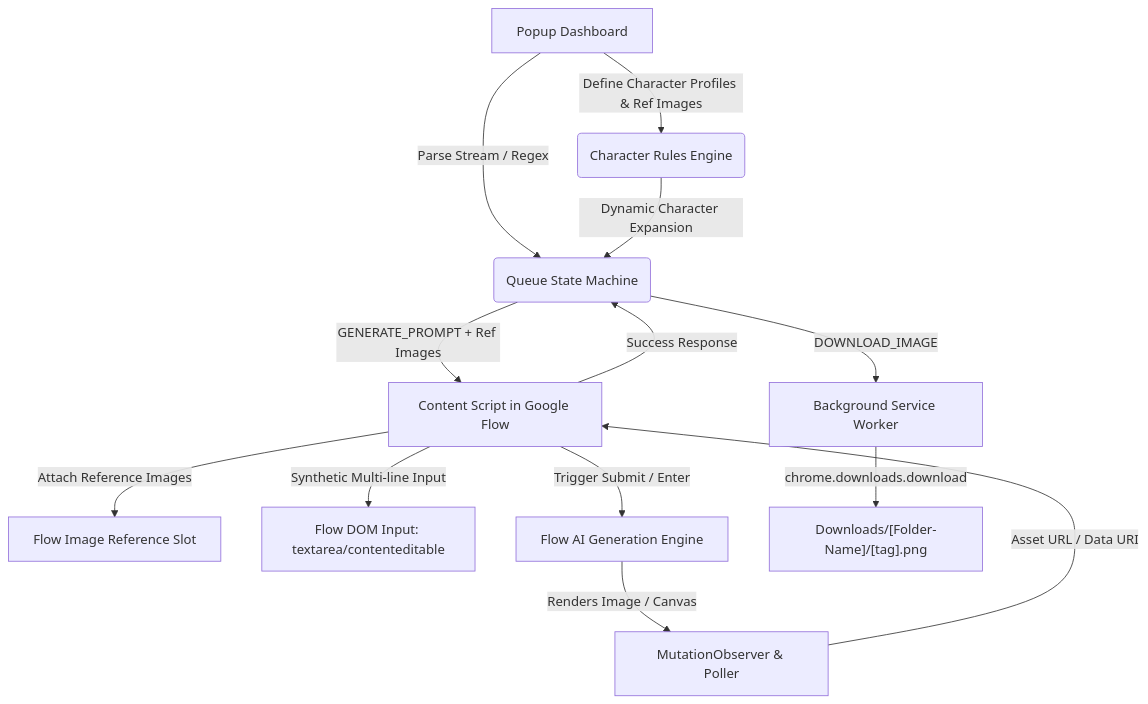
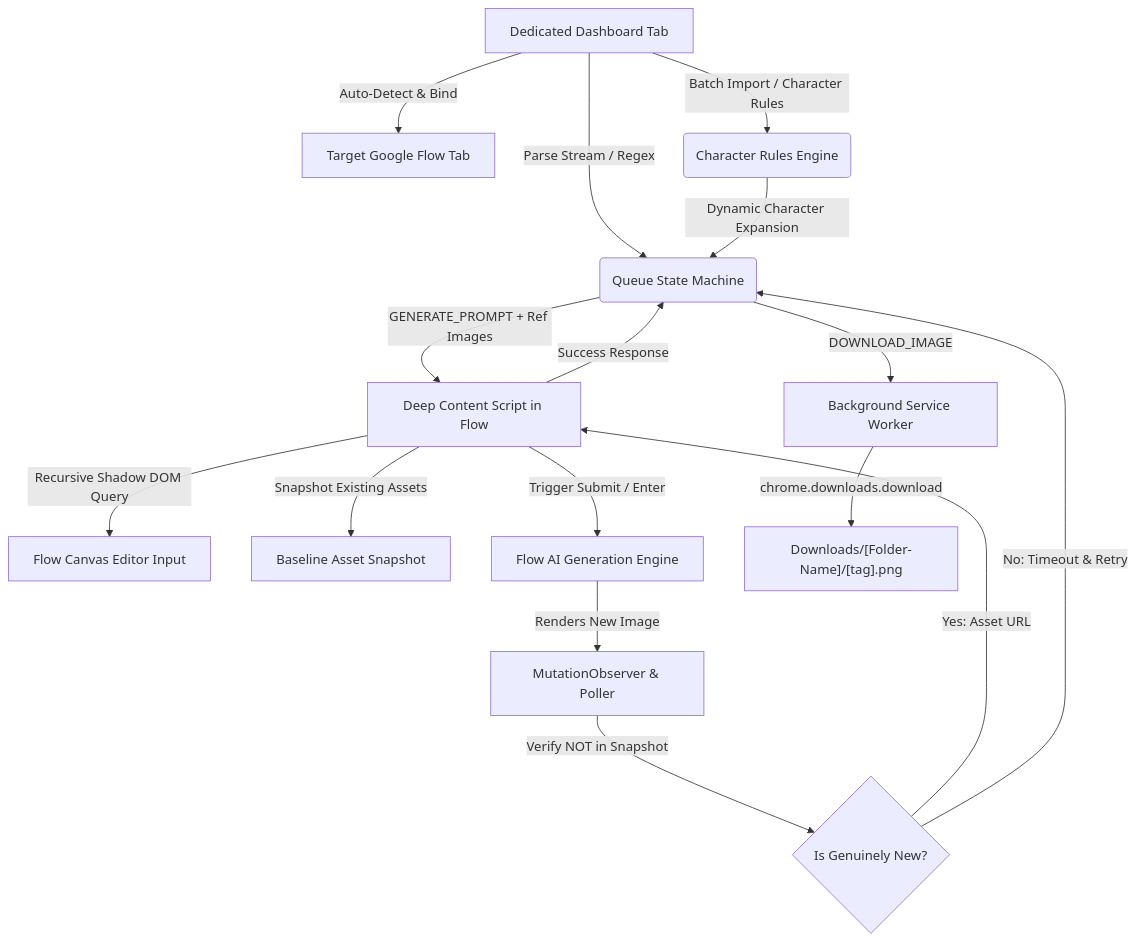
Before and after one commit to proavijit/Framesync-Flow-Automater: the diagram in README.md, drawn with Mermaid. The commit also changed other lines of this file and 7 other files, not shown here.

Commit message:
Fix popup auto-close with Dedicated Tab Dashboard, Deep Shadow DOM selectors, and strict render snapshot filtering

````diff
--- a/README.md
+++ b/README.md
@@ -9,15 +9,18 @@
 ```mermaid
 graph TD
-    A[Popup Dashboard] -->|Define Character Profiles & Ref Images| CM(Character Rules Engine)
-    A -->|Parse Stream / Regex| B(Queue State Machine)
-    CM -->|Dynamic Character Expansion| B
-    B -->|GENERATE_PROMPT + Ref Images| C[Content Script in Google Flow]
-    C -->|Attach Reference Images| UP[Flow Image Reference Slot]
-    C -->|Synthetic Multi-line Input| D[Flow DOM Input: textarea/contenteditable]
+    A[Dedicated Dashboard Tab] -->|Auto-Detect & Bind| B[Target Google Flow Tab]
+    A -->|Batch Import / Character Rules| CM(Character Rules Engine)
+    A -->|Parse Stream / Regex| Q(Queue State Machine)
+    CM -->|Dynamic Character Expansion| Q
+    Q -->|GENERATE_PROMPT + Ref Images| C[Deep Content Script in Flow]
+    C -->|Recursive Shadow DOM Query| D[Flow Canvas Editor Input]
+    C -->|Snapshot Existing Assets| SNAP[Baseline Asset Snapshot]
     C -->|Trigger Submit / Enter| E[Flow AI Generation Engine]
-    E -->|Renders Image / Canvas| F[MutationObserver & Poller]
-    F -->|Asset URL / Data URI| C
-    C -->|Success Response| B
-    B -->|DOWNLOAD_IMAGE| G[Background Service Worker]
+    E -->|Renders New Image| F[MutationObserver & Poller]
+    F -->|Verify NOT in Snapshot| V{Is Genuinely New?}
+    V -->|Yes: Asset URL| C
+    V -->|No: Timeout & Retry| Q
+    C -->|Success Response| Q
+    Q -->|DOWNLOAD_IMAGE| G[Background Service Worker]
     G -->|chrome.downloads.download| H["Downloads/[Folder-Name]/[tag].png"]
 ```
````
